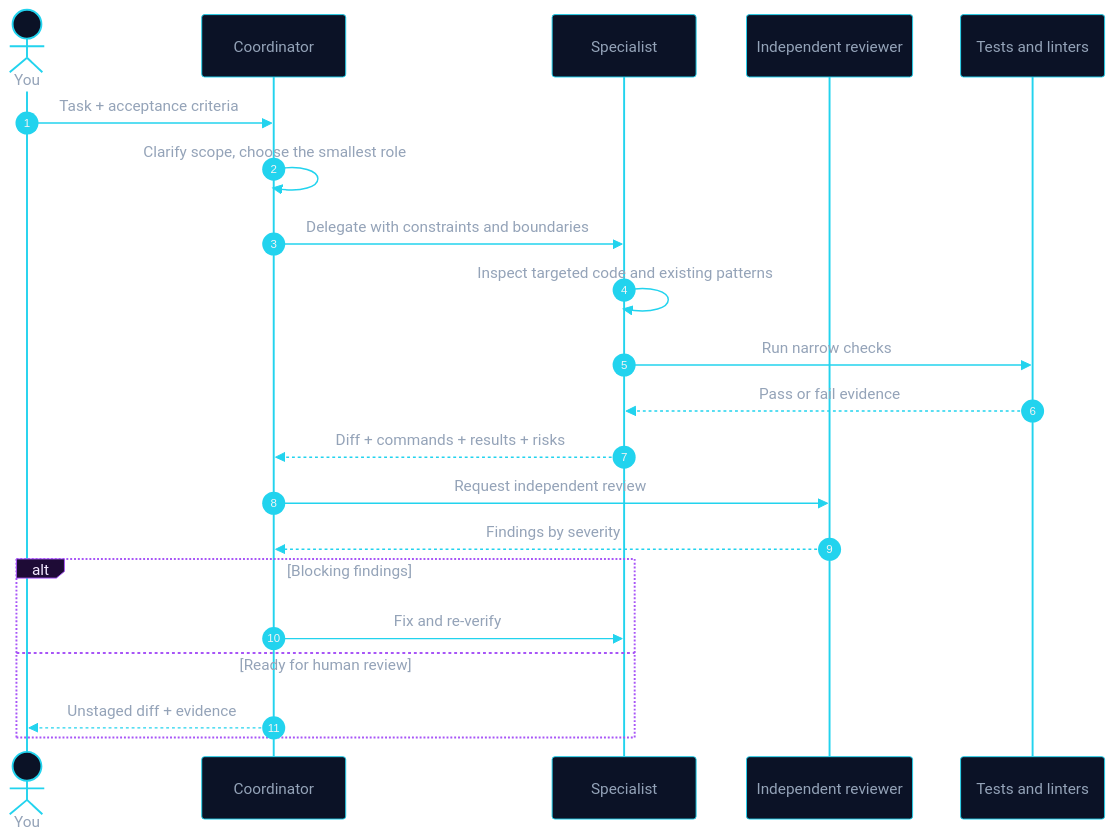
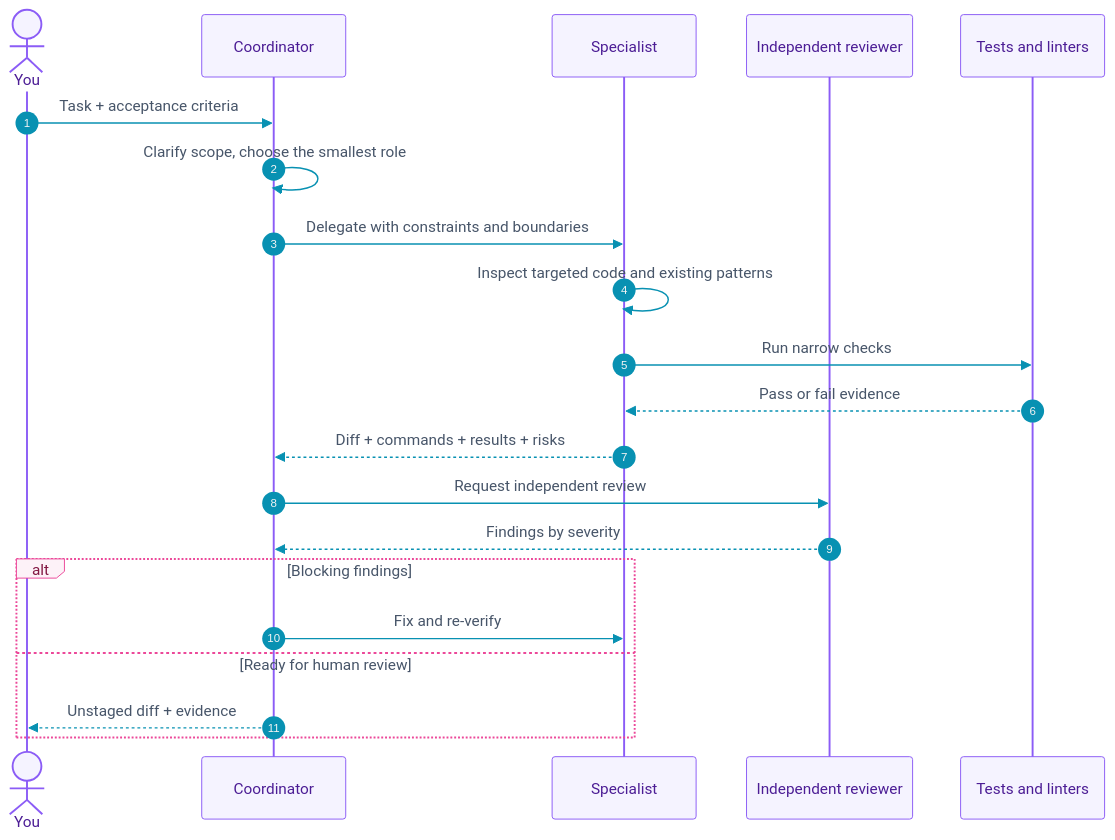
The fifth of 6 diagrams in README.md (GabrielAlmeidaFlores/OPENCODE-TOOL-ENHANCER), drawn with Mermaid before and after one commit. The commit also changed other lines of this file and 4 other files, not shown here.

Commit message:
docs: switch Mermaid diagrams to a translucent glass-neon palette

````diff
--- a/README.md
+++ b/README.md
@@ -394,25 +394,25 @@
 ```mermaid
-%%{init: {"theme":"base","themeVariables":{"actorBkg":"#0B1226","actorBorder":"#22D3EE","actorTextColor":"#94A3B8","signalColor":"#22D3EE","signalTextColor":"#94A3B8","labelBoxBkgColor":"#1E0B36","labelBoxBorderColor":"#A855F7","labelTextColor":"#F3E8FF","loopTextColor":"#94A3B8","noteBkgColor":"#2A0A1A","noteBorderColor":"#F472B6","noteTextColor":"#FCE7F3","activationBkgColor":"#1E0B36","activationBorderColor":"#A855F7"}}}%%
+%%{init: {"theme":"base","themeVariables":{"actorBkg":"#F5F3FF","actorBorder":"#8B5CF6","actorTextColor":"#4C1D95","signalColor":"#0891B2","signalTextColor":"#475569","labelBoxBkgColor":"#FDF2F8","labelBoxBorderColor":"#EC4899","labelTextColor":"#831843","loopTextColor":"#475569","noteBkgColor":"#FEF3C7","noteBorderColor":"#F59E0B","noteTextColor":"#78350F","activationBkgColor":"#CFFAFE","activationBorderColor":"#06B6D4"}}}%%
 sequenceDiagram
     autonumber
     actor H as You
     participant C as Coordinator
     participant S as Specialist
     participant R as Independent reviewer
     participant T as Tests and linters
 
     H->>C: Task + acceptance criteria
     C->>C: Clarify scope, choose the smallest role
     C->>S: Delegate with constraints and boundaries
     S->>S: Inspect targeted code and existing patterns
     S->>T: Run narrow checks
     T-->>S: Pass or fail evidence
     S-->>C: Diff + commands + results + risks
     C->>R: Request independent review
     R-->>C: Findings by severity
     alt Blocking findings
         C->>S: Fix and re-verify
     else Ready for human review
         C-->>H: Unstaged diff + evidence
     end
 ```
````
